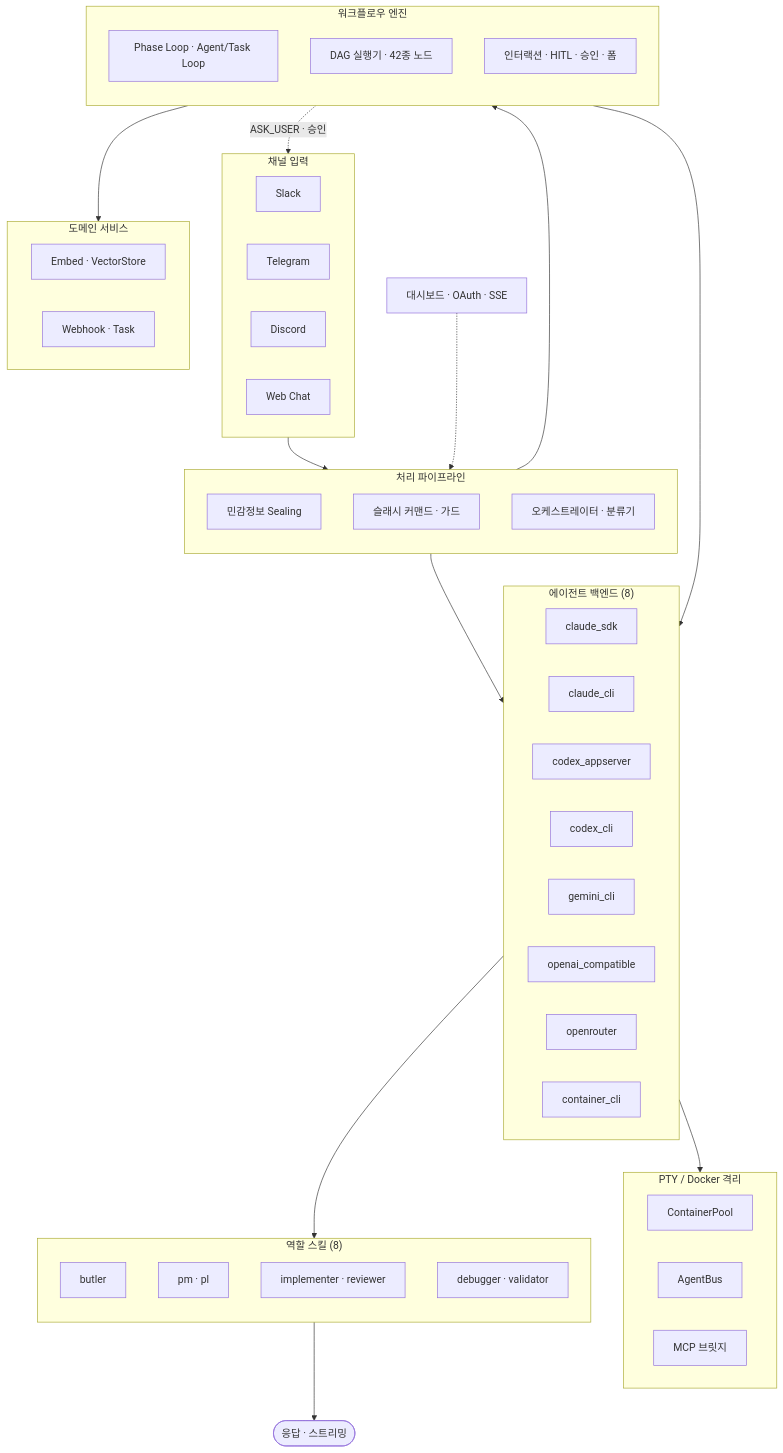
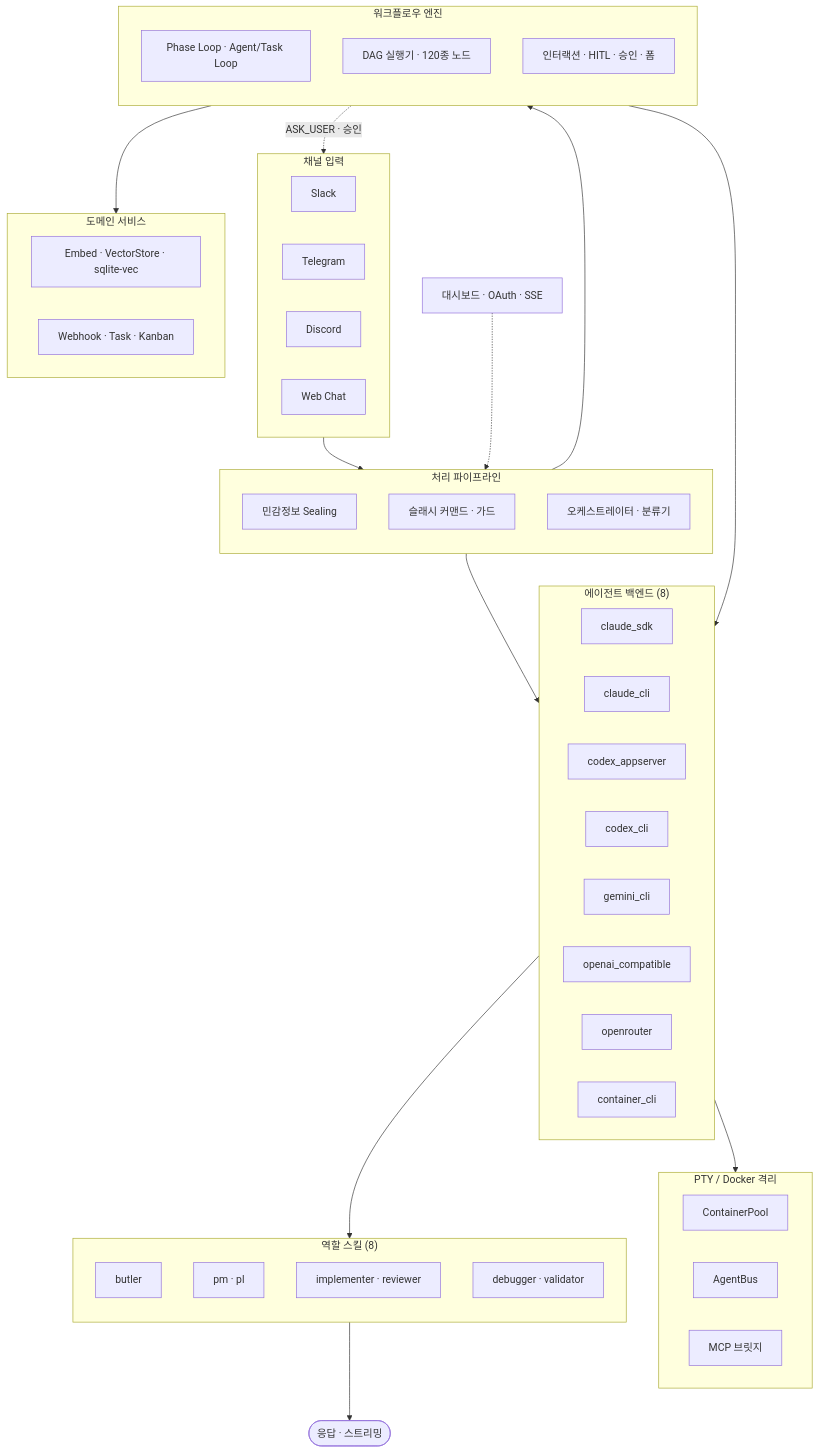
One commit to berrzebb/SoulFlow-Orchestrator changed the diagram in docs/README.ko.md. Above: the diagram before and after it, drawn with Mermaid. The commit also changed other lines of this file and 13 other files, not shown here.

First line of the commit message:
docs: 120노드·26라우트·Kanban·sqlite-vec·i18n 반영 — README + guide + core-concepts 전면 동기화

````diff
--- a/docs/README.ko.md
+++ b/docs/README.ko.md
@@ -25,70 +25,70 @@
 ```mermaid
 flowchart TD
     subgraph Channels["채널 입력"]
         direction LR
         SL[Slack]
         TG[Telegram]
         DS[Discord]
         WEB[Web Chat]
     end
 
     subgraph Pipeline["처리 파이프라인"]
         direction TB
         SEAL[민감정보 Sealing]
         CMD[슬래시 커맨드 · 가드]
         ORCH[오케스트레이터 · 분류기]
     end
 
     subgraph Backends["에이전트 백엔드 (8)"]
         direction LR
         CSDK[claude_sdk]
         CCLI[claude_cli]
         CAPPS[codex_appserver]
         CCLIX[codex_cli]
         GCLI[gemini_cli]
         OAI[openai_compatible]
         ORT[openrouter]
         CTR[container_cli]
     end
 
     subgraph Workflows["워크플로우 엔진"]
         direction TB
         PL[Phase Loop · Agent/Task Loop]
-        DAG[DAG 실행기 · 42종 노드]
+        DAG[DAG 실행기 · 120종 노드]
         INTERACT[인터랙션 · HITL · 승인 · 폼]
     end
 
     subgraph PTY["PTY / Docker 격리"]
         direction LR
         POOL[ContainerPool]
         BUS[AgentBus]
         BRIDGE[MCP 브릿지]
     end
 
     subgraph Skills["역할 스킬 (8)"]
         direction TB
         BT[butler]
         PM[pm · pl]
         IMPL[implementer · reviewer]
         DBG[debugger · validator]
     end
 
     subgraph Services["도메인 서비스"]
         direction LR
-        EMBED[Embed · VectorStore]
-        WEBHOOK[Webhook · Task]
+        EMBED[Embed · VectorStore · sqlite-vec]
+        WEBHOOK[Webhook · Task · Kanban]
     end
 
     DASH[대시보드 · OAuth · SSE]
 
     Channels --> Pipeline
     Pipeline --> Backends
     Pipeline --> Workflows
     Workflows --> Backends
     INTERACT -.->|ASK_USER · 승인| Channels
     CTR --> PTY
     Backends --> Skills
     Skills --> OUT([응답 · 스트리밍])
     Workflows --> Services
     DASH -.-> Pipeline
 ```
````
